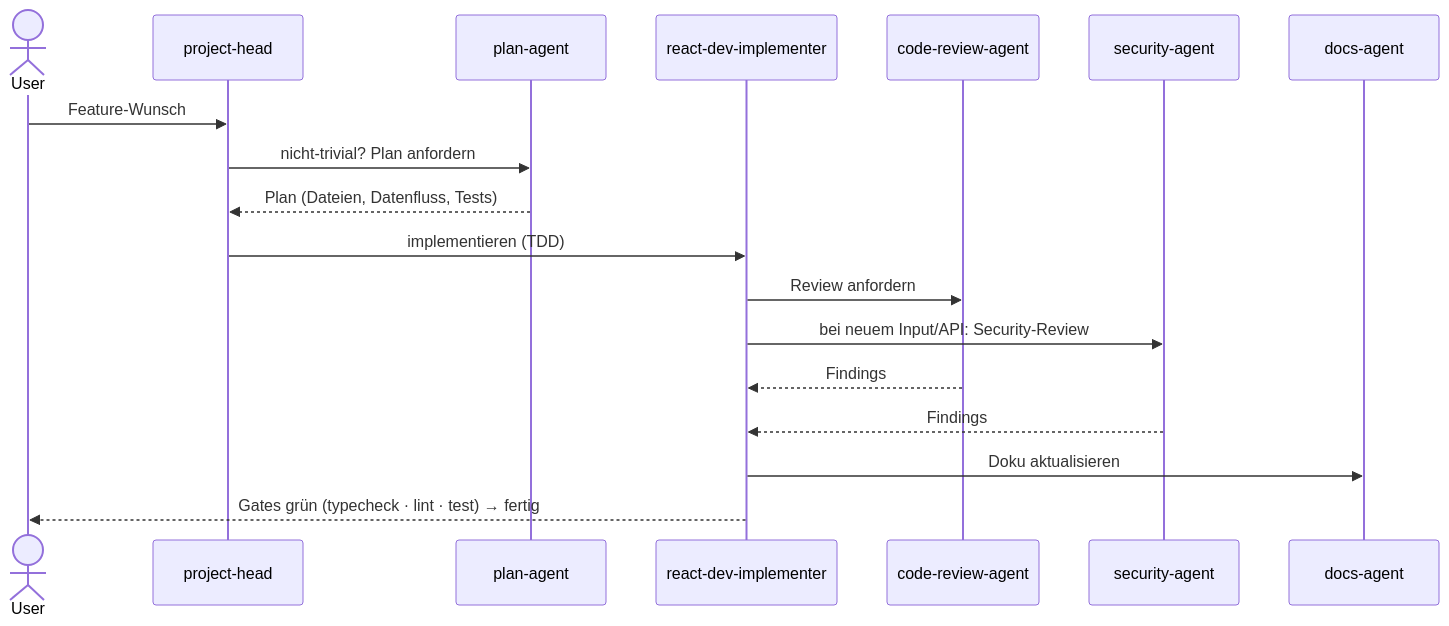
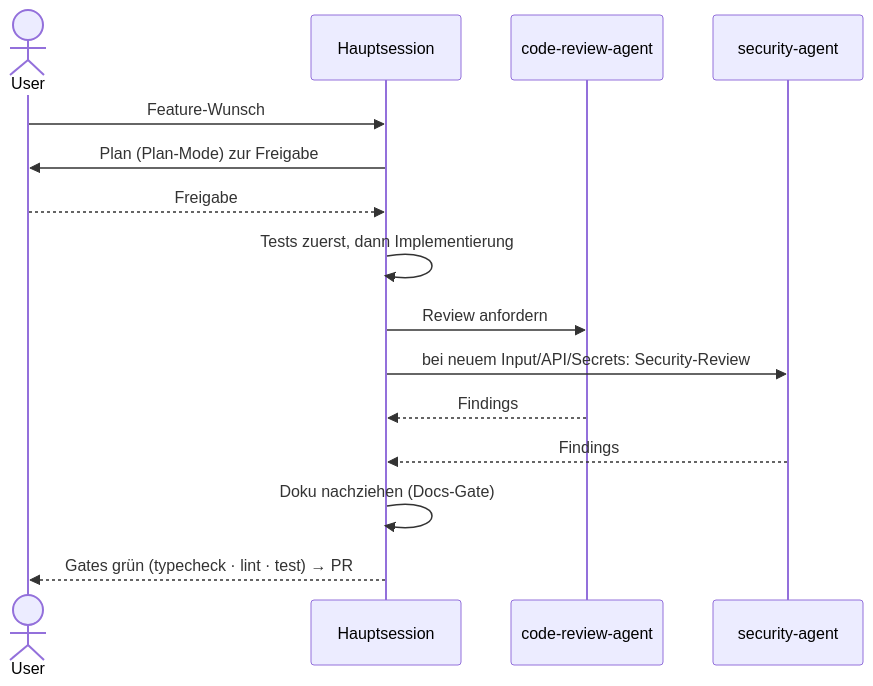
The second of 6 diagrams in docs/ai-system.md (konradthiemann/Pokekon), drawn with Mermaid before and after one commit. The commit also changed other lines of this file and 31 other files, not shown here.

````diff
--- a/docs/ai-system.md
+++ b/docs/ai-system.md
@@ -153,21 +115,18 @@
 ```mermaid
 sequenceDiagram
     actor U as User
-    participant PH as project-head
-    participant PL as plan-agent
-    participant DEV as react-dev-implementer
+    participant M as Hauptsession
     participant CR as code-review-agent
     participant SEC as security-agent
-    participant DOC as docs-agent
 
-    U->>PH: Feature-Wunsch
-    PH->>PL: nicht-trivial? Plan anfordern
-    PL-->>PH: Plan (Dateien, Datenfluss, Tests)
-    PH->>DEV: implementieren (TDD)
-    DEV->>CR: Review anfordern
-    DEV->>SEC: bei neuem Input/API: Security-Review
-    CR-->>DEV: Findings
-    SEC-->>DEV: Findings
-    DEV->>DOC: Doku aktualisieren
-    DEV-->>U: Gates grün (typecheck · lint · test) → fertig
+    U->>M: Feature-Wunsch
+    M->>U: Plan (Plan-Mode) zur Freigabe
+    U-->>M: Freigabe
+    M->>M: Tests zuerst, dann Implementierung
+    M->>CR: Review anfordern
+    M->>SEC: bei neuem Input/API/Secrets: Security-Review
+    CR-->>M: Findings
+    SEC-->>M: Findings
+    M->>M: Doku nachziehen (Docs-Gate)
+    M-->>U: Gates grün (typecheck · lint · test) → PR
 ```
````
